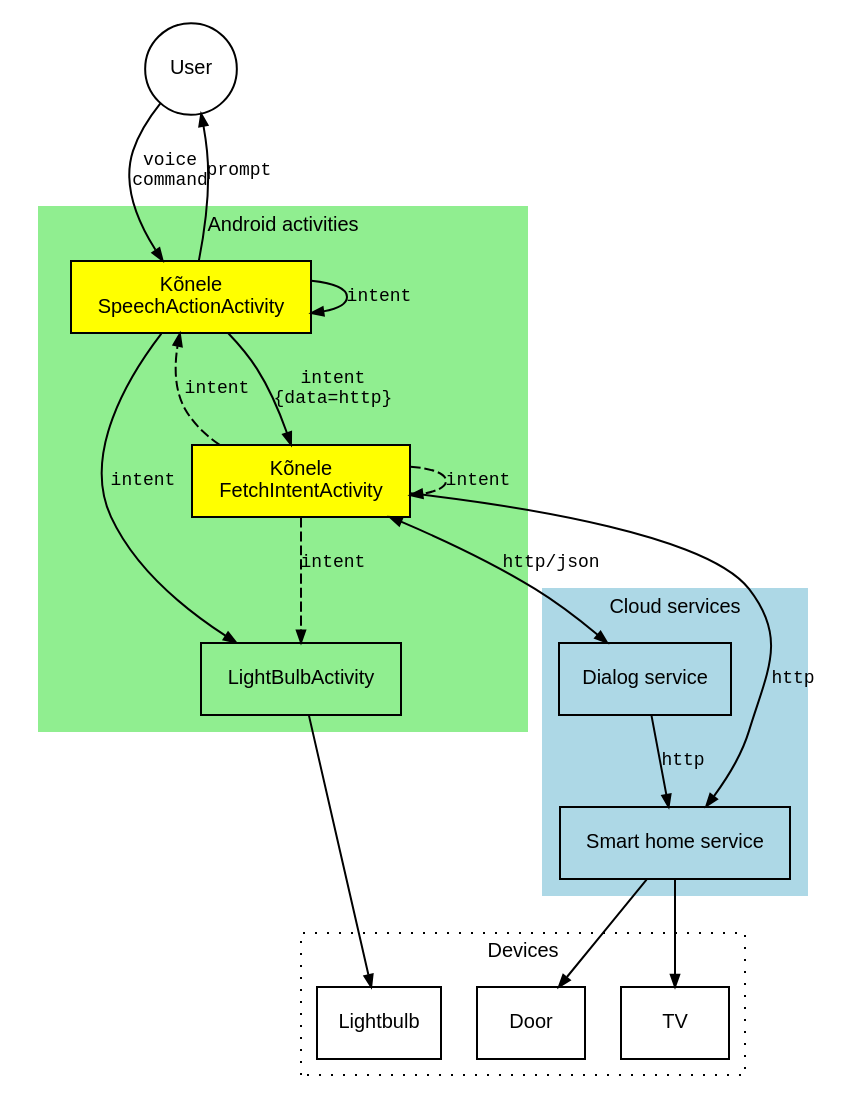
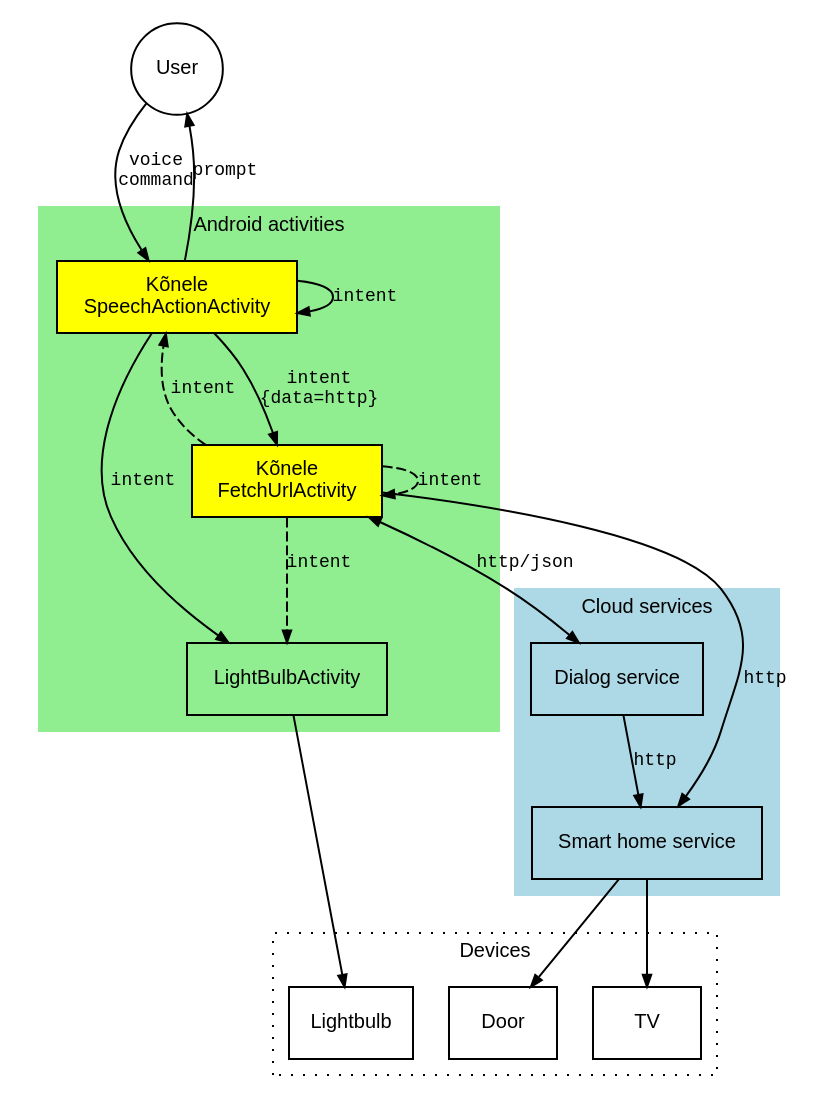
One commit to Kaljurand/K6nele changed the diagram in docs/intents.dot. Above: the diagram before and after it, drawn with Graphviz. The commit also changed 7 other files, not shown here.

```diff
--- a/docs/intents.dot
+++ b/docs/intents.dot
@@ -1,62 +1,62 @@
 /**
  * Communicating with devices via Kõnele.
  * @author Kaarel Kaljurand
  * @version 2016-11-19
  */
 
 digraph G {
 
     graph [style="dotted", fontsize=10 fontname="Helvetica"];
     node [shape="box", fontsize=10 fontname="Helvetica"];
     edge [arrowhead="normal", arrowsize="0.6", fontsize=9, fontname="monospace"];
 
     user [label="User", shape="circle"];
     k6nele [label="Kõnele\nSpeechActionActivity", tooltip="Maps natural language audio to an Android intent using an external recognition service, possibly followed by its own rewrite rules, and then launches the intent.", style="filled", fillcolor="yellow"];
 
     subgraph cluster_0 {
         //rankdir="RL";
         label = "Cloud services";
         style = "filled";
         color = "lightblue";
         //service_other [label="..."];
         service_dialog [label="Dialog service", tooltip="Maps a natural language string (in the incoming HTTP query) to some action (performed e.g. via other services). Responds with an Android intent (encoded in JSON)."];
         service_smart_home [label="Smart home service", tooltip="Maps REST queries to commands to actual devices."];
     }
 
     subgraph cluster_1 {
         label = "Devices";
         device_lightbulb [label="Lightbulb"];
         device_door [label="Door"];
         device_tv [label="TV"];
         //device_other [label="..."];
     }
 
     subgraph cluster_3 {
         label = "Android activities";
         style = "filled";
         color = "lightgreen";
         k6nele;
-        fetch_intent [label="Kõnele\nFetchIntentActivity", tooltip="Fetches JSON from a URL, interprets it as an Android intent and launches it.", style="filled", fillcolor="yellow"];
+        fetch_intent [label="Kõnele\nFetchUrlActivity", tooltip="Fetches JSON from a URL, interprets it as an Android intent and launches it.", style="filled", fillcolor="yellow"];
         app_lightbulb [label="LightBulbActivity", tooltip="Maps Android intent to an action on a concrete device."];
     }
 
     user -> k6nele [label="voice\ncommand"];
     k6nele -> user [label="prompt"];
     k6nele -> fetch_intent [label="intent\n{data=http}"];
     k6nele -> app_lightbulb [label="intent"];
     k6nele -> k6nele [label="intent"];
     fetch_intent -> service_smart_home [label="http"];
     fetch_intent -> app_lightbulb [label="intent", style="dashed"];
     fetch_intent -> k6nele [label="intent", style="dashed"];
     fetch_intent -> fetch_intent [label="intent", style="dashed"];
 
     service_dialog -> service_smart_home [label="http"];
     //service_dialog -> service_other [label="http"];
 
     service_smart_home -> device_tv;
     service_smart_home -> device_door;
     app_lightbulb -> device_lightbulb;
 
     fetch_intent -> service_dialog [label="http/json", dir="both"];
     //service_dialog -> fetch_intent [label="json"];
 }
```
